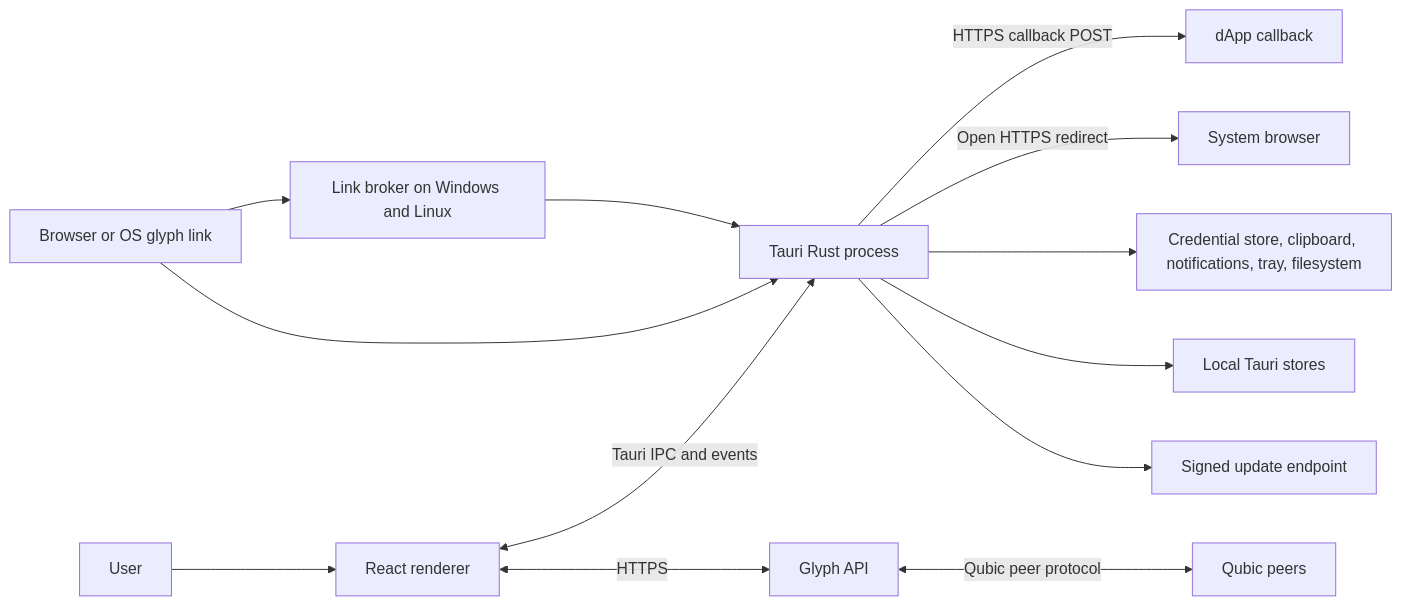
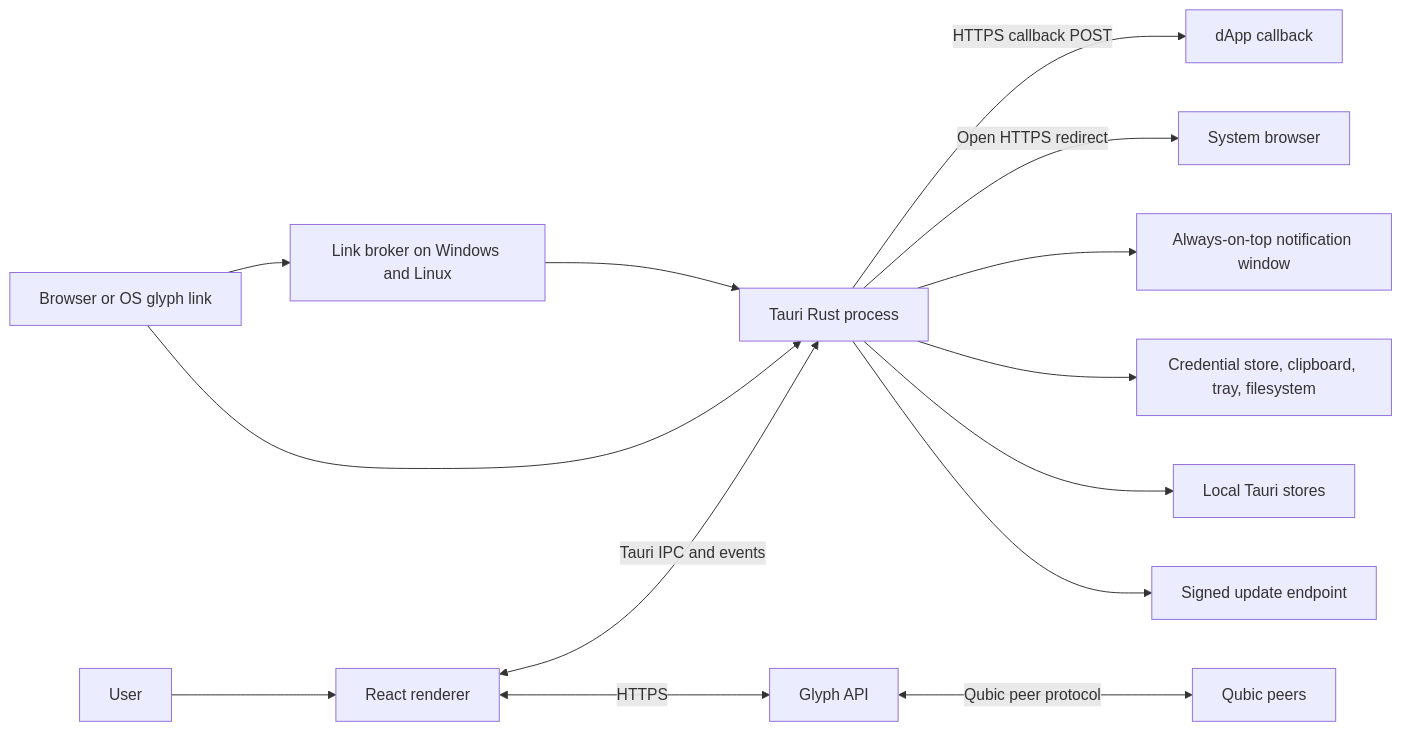
The first of 2 diagrams in docs/ARCHITECTURE.md (glyphq/wallet), drawn with Mermaid before and after one commit. The commit also changed other lines of this file and 8 other files, not shown here.

````diff
--- a/docs/ARCHITECTURE.md
+++ b/docs/ARCHITECTURE.md
@@ -38,15 +38,16 @@
 ```mermaid
 graph LR
     User[User] --> UI[React renderer]
     Link[Browser or OS glyph link] --> Broker[Link broker on Windows and Linux]
     Broker --> Native[Tauri Rust process]
     Link --> Native
     UI <-->|Tauri IPC and events| Native
     UI <-->|HTTPS| API[Glyph API]
     API <-->|Qubic peer protocol| Peers[Qubic peers]
     Native -->|HTTPS callback POST| DApp[dApp callback]
     Native -->|Open HTTPS redirect| Browser[System browser]
-    Native --> OS[Credential store, clipboard, notifications, tray, filesystem]
+    Native --> Notification[Always-on-top notification window]
+    Native --> OS[Credential store, clipboard, tray, filesystem]
     Native --> Store[Local Tauri stores]
     Native --> Updater[Signed update endpoint]
 ```
````
